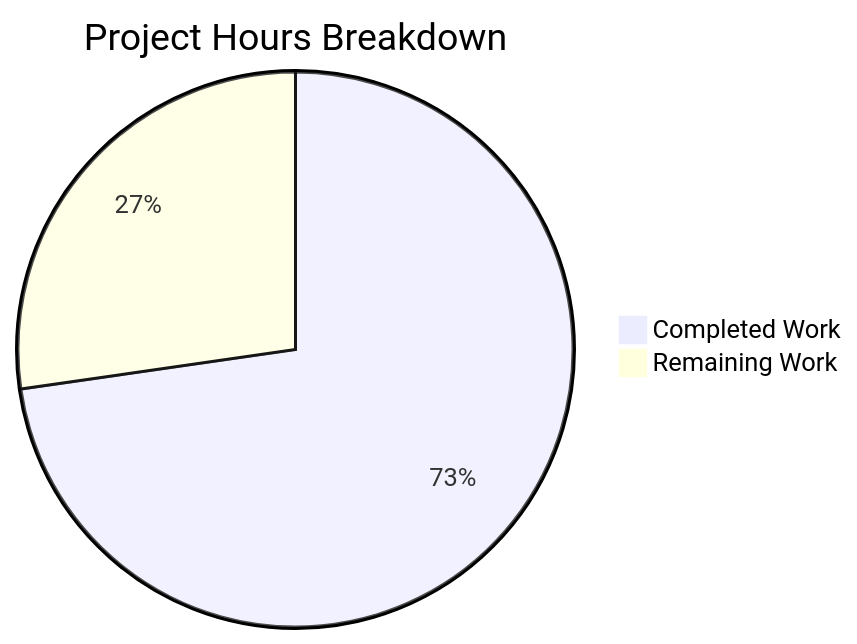
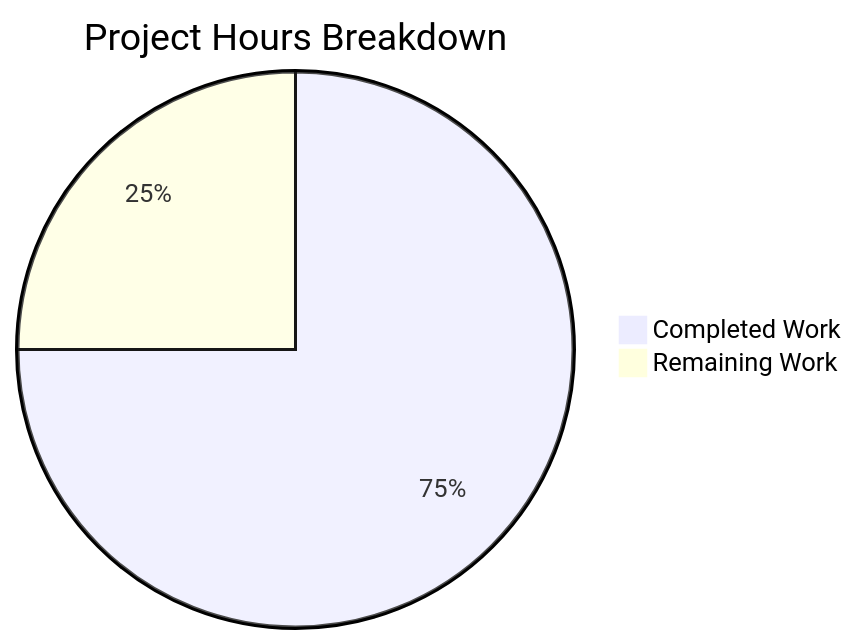
The second of 3 diagrams in blitzy/documentation/Project Guide.md (Sandeep03Kumar/01-Existing-product-03-March), drawn with Mermaid before and after one commit. The commit also changed other lines of this file, not shown here.

Commit message:
Adding Blitzy Project Guide: Project Status and Human Tasks Remaining

````diff
--- a/blitzy/documentation/Project Guide.md
+++ b/blitzy/documentation/Project Guide.md
@@ -168,5 +181,5 @@
 ```mermaid
 pie title Project Hours Breakdown
-    "Completed Work" : 4.0
-    "Remaining Work" : 1.5
+    "Completed Work" : 6
+    "Remaining Work" : 2
 ```
````
